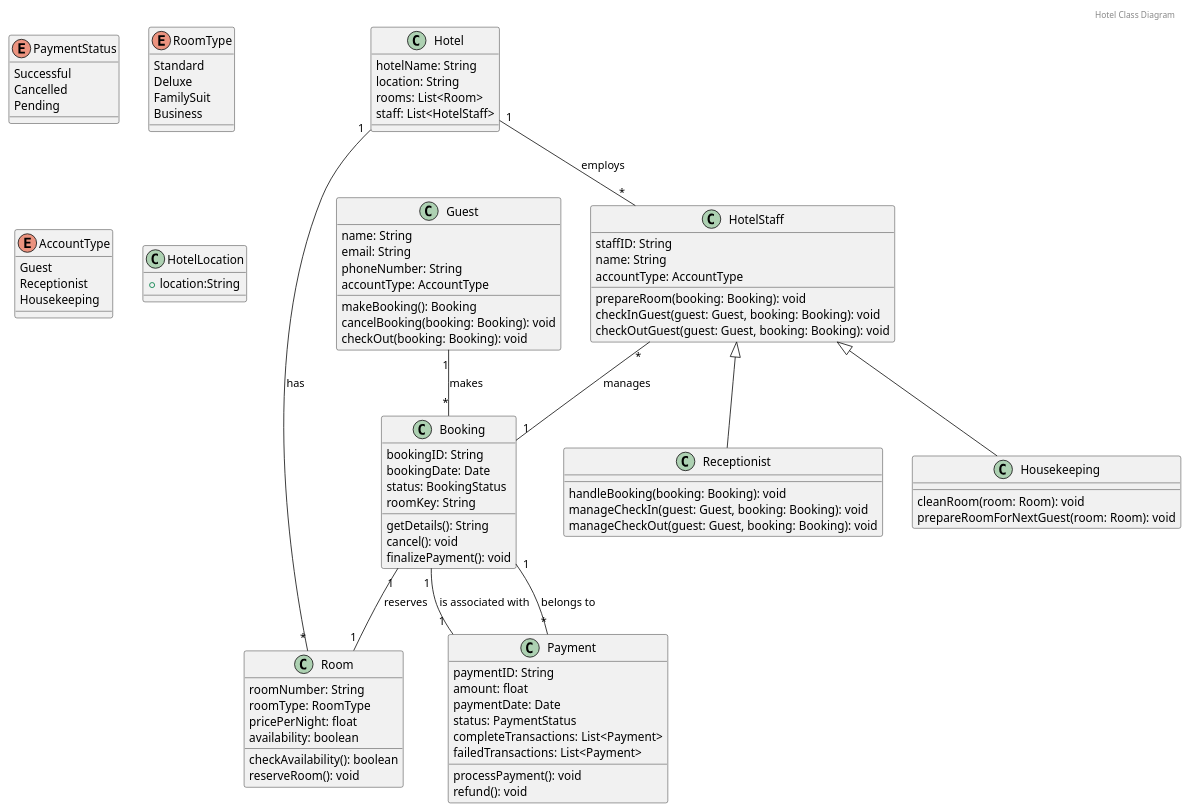
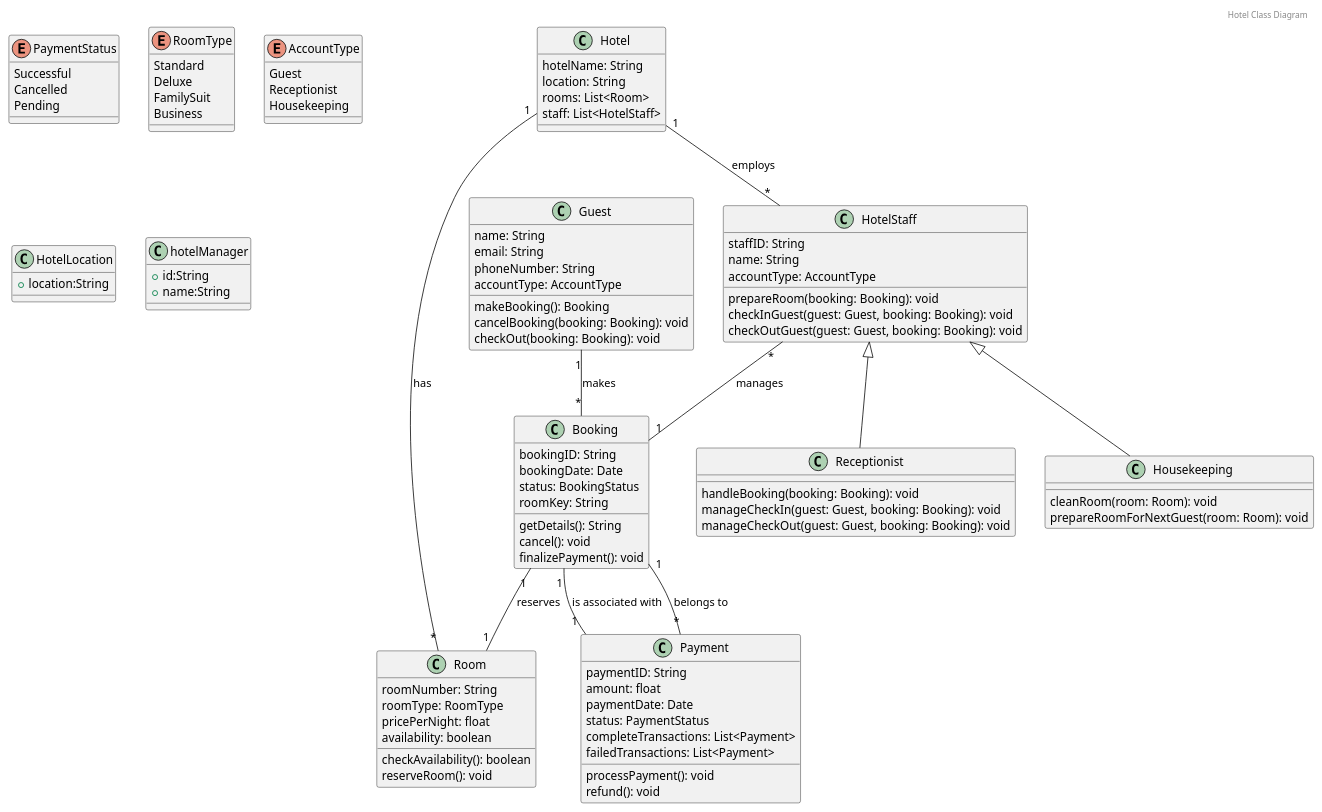
Before and after one commit to Piyush-cateina/Plantuml: the diagram in hotel_class.puml, drawn with PlantUML.

Commit message:
Changes in class dia

```diff
--- a/hotel_class.puml
+++ b/hotel_class.puml
@@ -1,107 +1,114 @@
 @startuml
 
 header Hotel Class Diagram
 
 enum PaymentStatus {
     Successful
     Cancelled
     Pending
 }
 
 enum RoomType {
     Standard
     Deluxe
     FamilySuit
     Business
 }
 
 enum AccountType {
     Guest
     Receptionist
     Housekeeping
 }
 
 class HotelLocation
 {
     +location:String
 } 
+
+
+class hotelManager  
+{
+    +id:String
+    +name:String
+}
 class Hotel {
     hotelName: String
     location: String
     rooms: List<Room>
     staff: List<HotelStaff>
 }
 
 class Room {
     roomNumber: String
     roomType: RoomType
     pricePerNight: float
     availability: boolean
     checkAvailability(): boolean
     reserveRoom(): void
 }
 
 
 class Guest {
     name: String
     email: String
     phoneNumber: String
     accountType: AccountType
     makeBooking(): Booking
     cancelBooking(booking: Booking): void
     checkOut(booking: Booking): void
 }
 
 class Booking {
     bookingID: String
     bookingDate: Date
     status: BookingStatus
     roomKey: String
     getDetails(): String
     cancel(): void
     finalizePayment(): void
 }
 
 
 class Payment {
     paymentID: String
     amount: float
     paymentDate: Date
     status: PaymentStatus
     processPayment(): void
     refund(): void
     completeTransactions: List<Payment>
     failedTransactions: List<Payment>
 }
 
 class HotelStaff {
     staffID: String
     name: String
     accountType: AccountType
     prepareRoom(booking: Booking): void
     checkInGuest(guest: Guest, booking: Booking): void
     checkOutGuest(guest: Guest, booking: Booking): void
 }
 
 class Receptionist {
     handleBooking(booking: Booking): void
     manageCheckIn(guest: Guest, booking: Booking): void
     manageCheckOut(guest: Guest, booking: Booking): void
 }
 
 class Housekeeping {
     cleanRoom(room: Room): void
     prepareRoomForNextGuest(room: Room): void
 }
 
 
 Hotel "1" -- "*" Room: has
 Hotel "1" -- "*" HotelStaff: employs
 HotelStaff <|-- Receptionist
 HotelStaff <|-- Housekeeping
 Guest "1" -- "*" Booking: makes
 Booking "1" -- "1" Room: reserves
 Booking "1" -- "1" Payment: is associated with
 HotelStaff "*" -- "1" Booking: manages
 Payment "*" -- "1" Booking: belongs to
 @enduml
```
